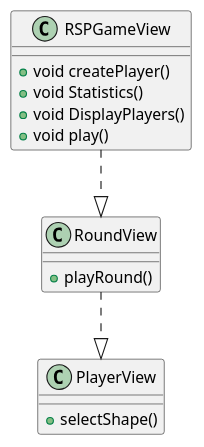
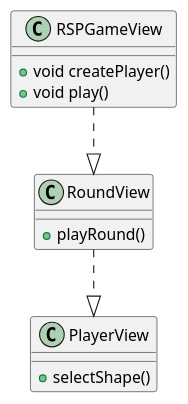
The diagram in docs/rsp-view.wsd (andrescordovatelus/RockPaperScissor-MVC), drawn with PlantUML before and after one commit. The commit also changed 5 other files, not shown here.

```diff
--- a/docs/rsp-view.wsd
+++ b/docs/rsp-view.wsd
@@ -1,21 +1,19 @@
 @startuml rsp-view
 
 class RSPGameView{
     +void createPlayer()
-    +void Statistics()
-    +void DisplayPlayers()
     +void play()
 }
 
 class PlayerView{
     +selectShape()
 }
 
 class RoundView{
     +playRound()
 }
 
 RSPGameView ..|> RoundView
 RoundView ..|> PlayerView
 
 @enduml
```
